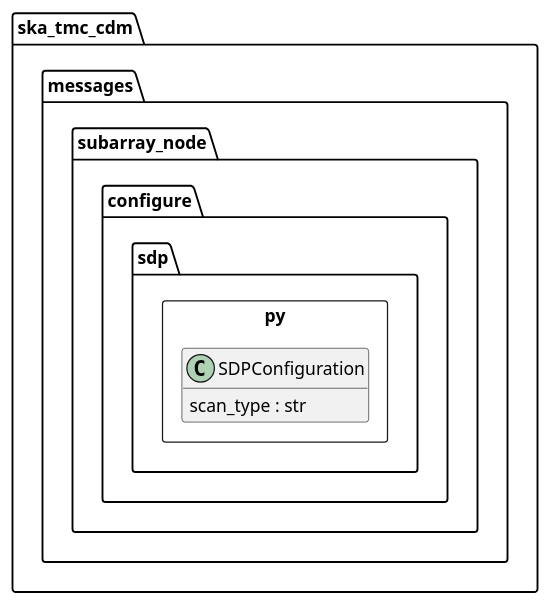
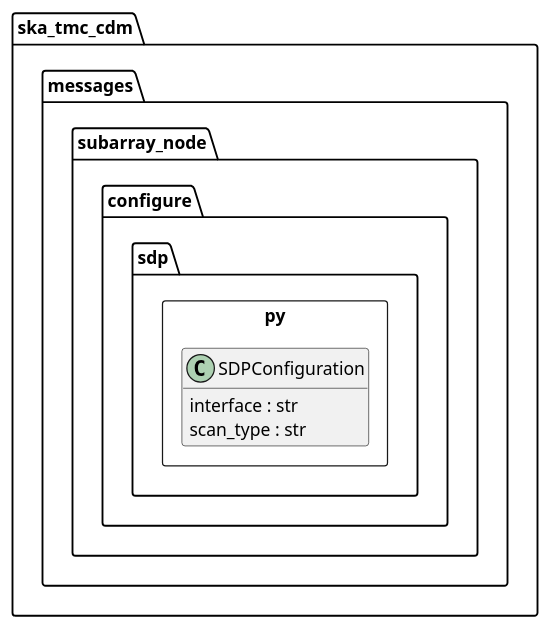
One commit to ska-telescope/cdm-shared-library changed the diagram in docs/src/developer/subarraynode/sdp.puml. Above: the diagram before and after it, drawn with PlantUML. The commit also changed 9 other files, not shown here.

```diff
--- a/docs/src/developer/subarraynode/sdp.puml
+++ b/docs/src/developer/subarraynode/sdp.puml
@@ -1,14 +1,15 @@
 @startuml
 !pragma useNewPackage
 hide empty members
 
 package ska_tmc_cdm.messages.subarray_node.configure {
 	package sdp.py <<Rectangle>> {
 
 		class SDPConfiguration {
+            interface : str
             scan_type : str
         }
 	}
 }
 
 @enduml
```
